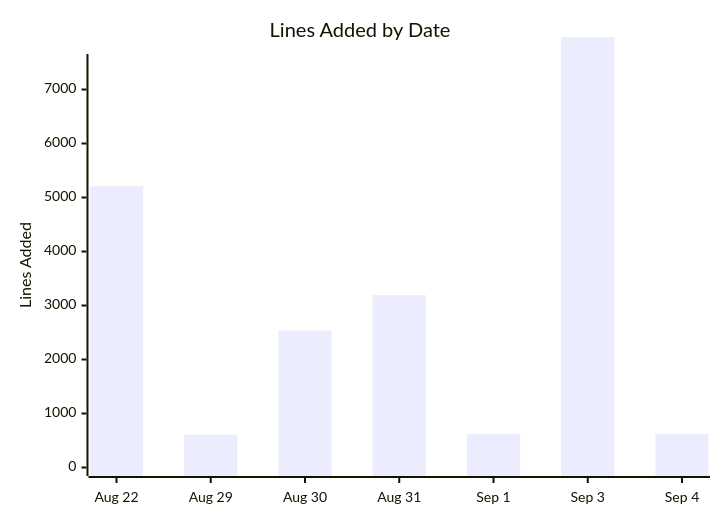
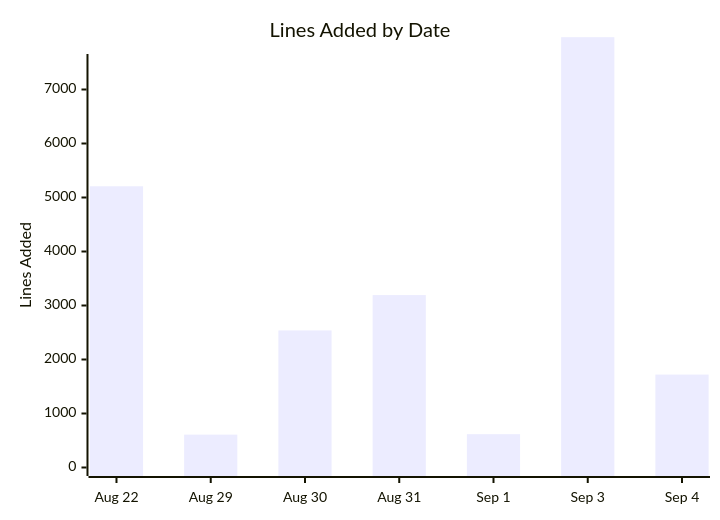
Before and after one commit to roger64s/CodeWithKris: the second of 2 diagrams in docs/PROJECT_SUMMARY.md, drawn with Mermaid. The commit also changed other lines of this file and 20 other files, not shown here.

````diff
--- a/docs/PROJECT_SUMMARY.md
+++ b/docs/PROJECT_SUMMARY.md
@@ -31,7 +31,7 @@
 ```mermaid
 xychart-beta
     title "Lines Added by Date"
     x-axis ["Aug 22", "Aug 29", "Aug 30", "Aug 31", "Sep 1", "Sep 3", "Sep 4"]
     y-axis "Lines Added" 0 --> 7500
-    bar [5208, 609, 2538, 3193, 617, 7969, 620]
+    bar [5208, 609, 2538, 3193, 617, 7969, 1721]
 ```
````
